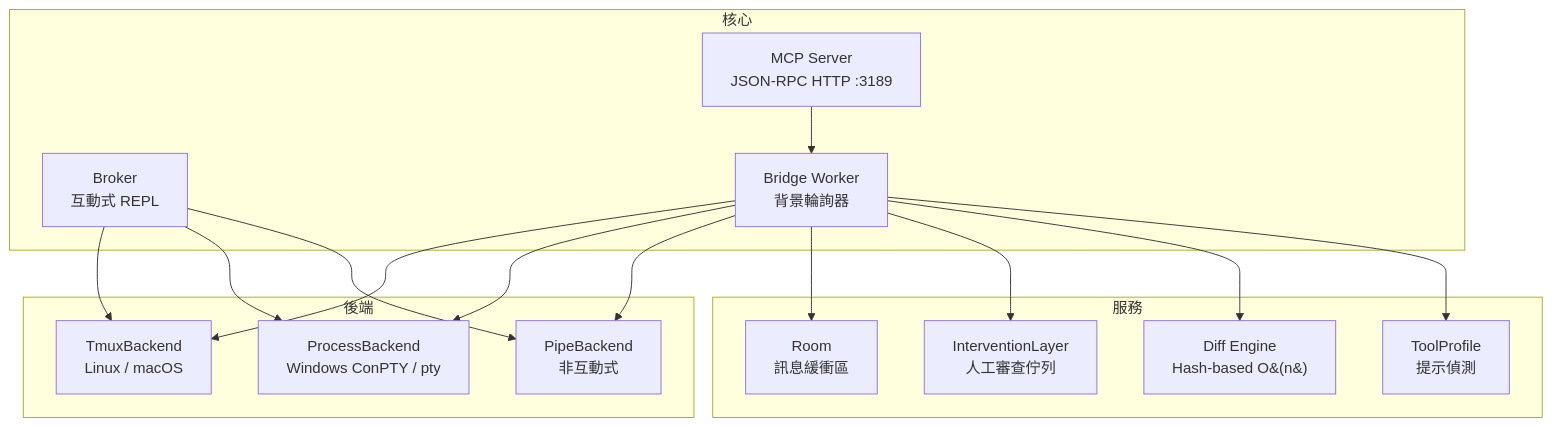
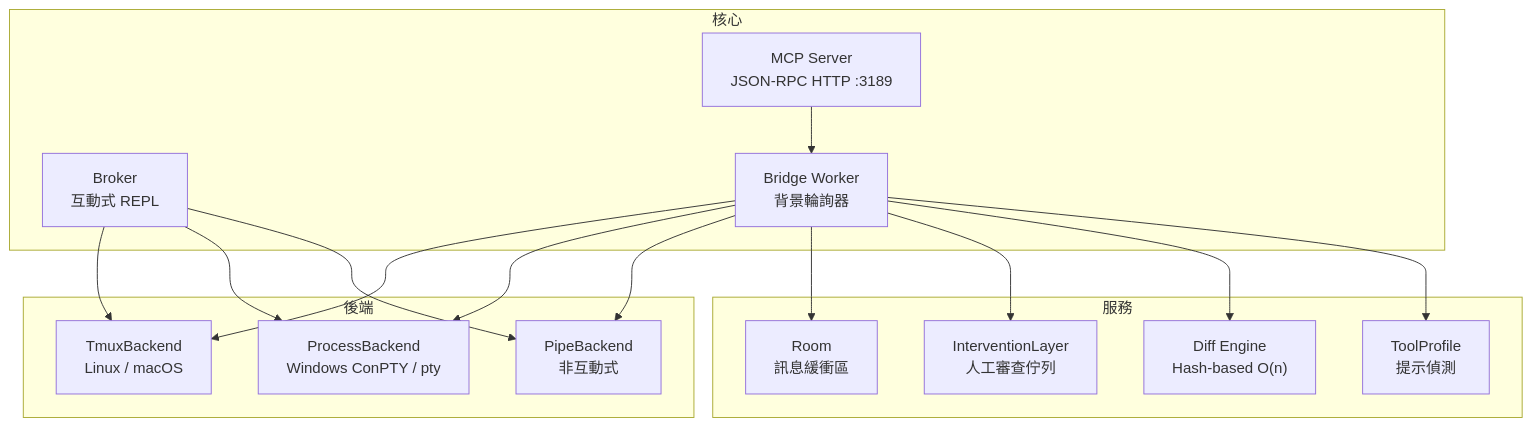
The first of 3 diagrams in README.zh-TW.md (pingqLIN/terminal-bridge-v2), drawn with Mermaid before and after one commit. The commit also changed other lines of this file and 1 other file, not shown here.

Commit message:
docs: fix Mermaid rendering errors in README files

````diff
--- a/README.zh-TW.md
+++ b/README.zh-TW.md
@@ -22,33 +22,33 @@
 ```mermaid
 graph TD
     subgraph 後端
         TMUX[TmuxBackend<br/>Linux / macOS]
         PROC[ProcessBackend<br/>Windows ConPTY / pty]
         PIPE[PipeBackend<br/>非互動式]
     end
 
     subgraph 核心
         BROKER[Broker<br/>互動式 REPL]
         SERVER[MCP Server<br/>JSON-RPC HTTP :3189]
         BRIDGE[Bridge Worker<br/>背景輪詢器]
     end
 
     subgraph 服務
         ROOM[Room<br/>訊息緩衝區]
         INTERVENTION[InterventionLayer<br/>人工審查佇列]
-        DIFF[Diff Engine<br/>Hash-based O&#40;n&#41;]
+        DIFF["Diff Engine<br/>Hash-based O(n)"]
         PROFILE[ToolProfile<br/>提示偵測]
     end
 
     BROKER --> TMUX
     BROKER --> PROC
     BROKER --> PIPE
     SERVER --> BRIDGE
     BRIDGE --> TMUX
     BRIDGE --> PROC
     BRIDGE --> PIPE
     BRIDGE --> ROOM
     BRIDGE --> INTERVENTION
     BRIDGE --> DIFF
     BRIDGE --> PROFILE
 ```
````
